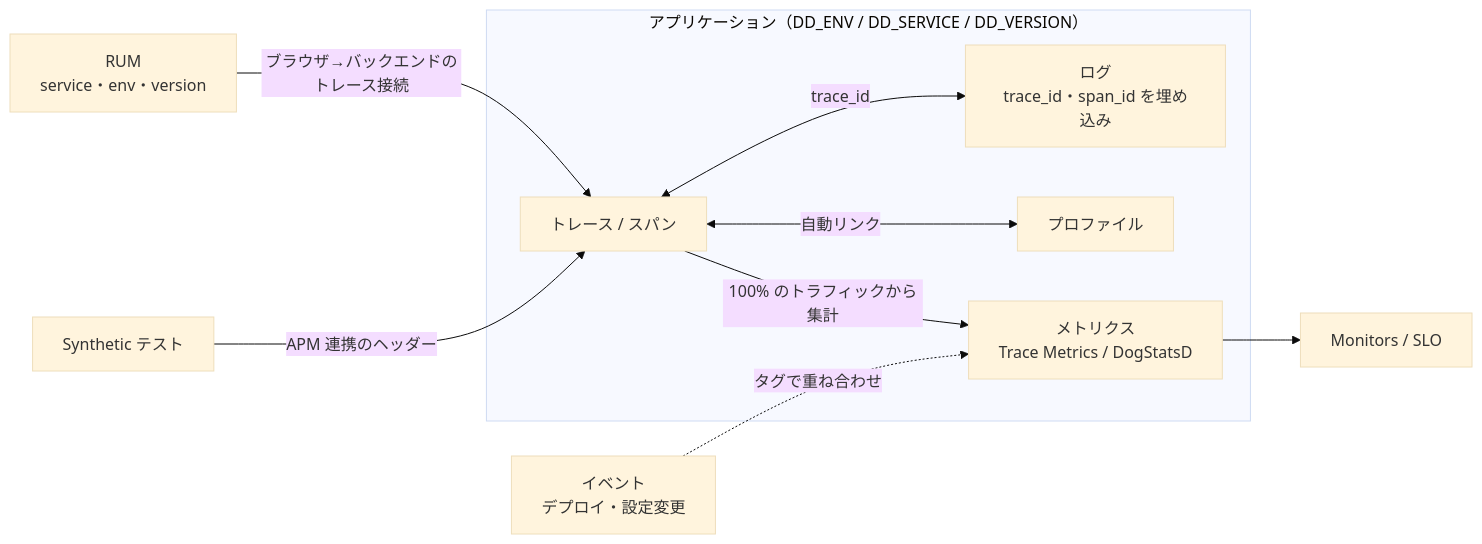
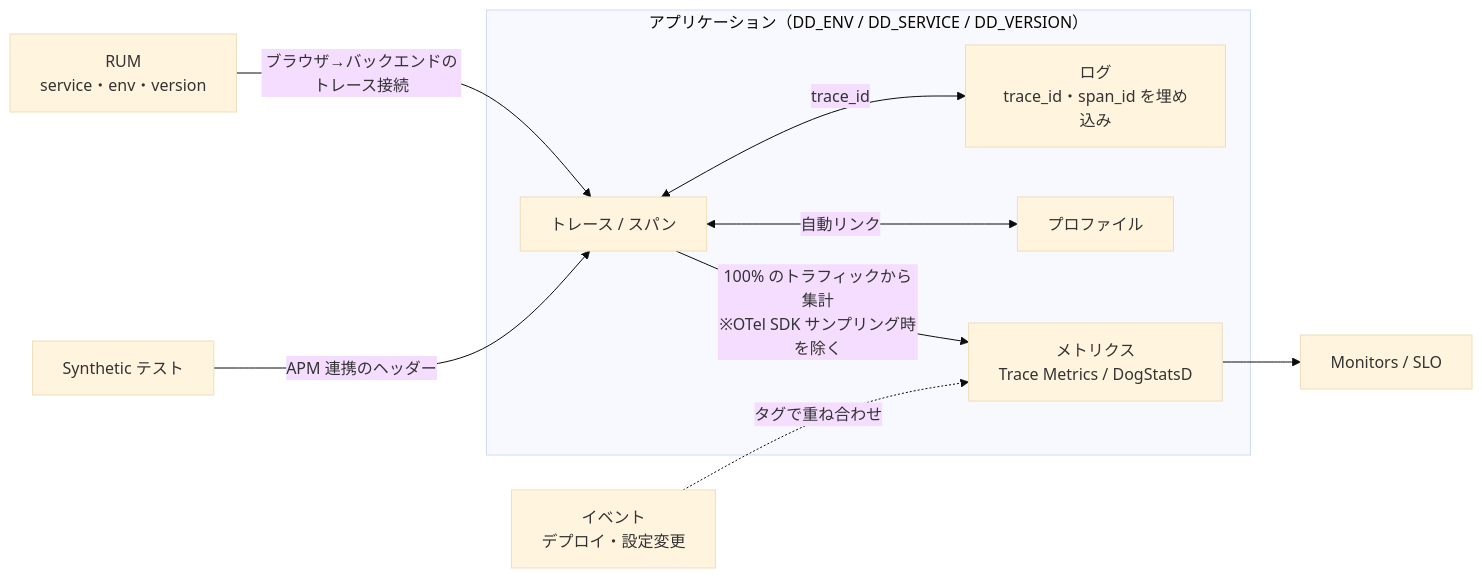
The first of 3 diagrams in Datadog/01_入門編/observability-fundamentals.md (hidefumiagata/platform-doc), drawn with Mermaid (base theme) before and after one commit. The commit also changed other lines of this file and 163 other files, not shown here.

````diff
--- a/Datadog/01_入門編/observability-fundamentals.md
+++ b/Datadog/01_入門編/observability-fundamentals.md
@@ -262,16 +265,16 @@
 ```mermaid
 flowchart LR
     subgraph App["アプリケーション（DD_ENV / DD_SERVICE / DD_VERSION）"]
         T[トレース / スパン]
         L[ログ<br/>trace_id・span_id を埋め込み]
         P[プロファイル]
         M[メトリクス<br/>Trace Metrics / DogStatsD]
     end
     R[RUM<br/>service・env・version] -->|ブラウザ→バックエンドのトレース接続| T
     S[Synthetic テスト] -->|APM 連携のヘッダー| T
     T <-->|trace_id| L
     T <-->|自動リンク| P
-    T -->|100% のトラフィックから集計| M
+    T -->|100% のトラフィックから集計<br/>※OTel SDK サンプリング時を除く| M
     E[イベント<br/>デプロイ・設定変更] -.->|タグで重ね合わせ| M
     M --> Mon[Monitors / SLO]
 ```
````
